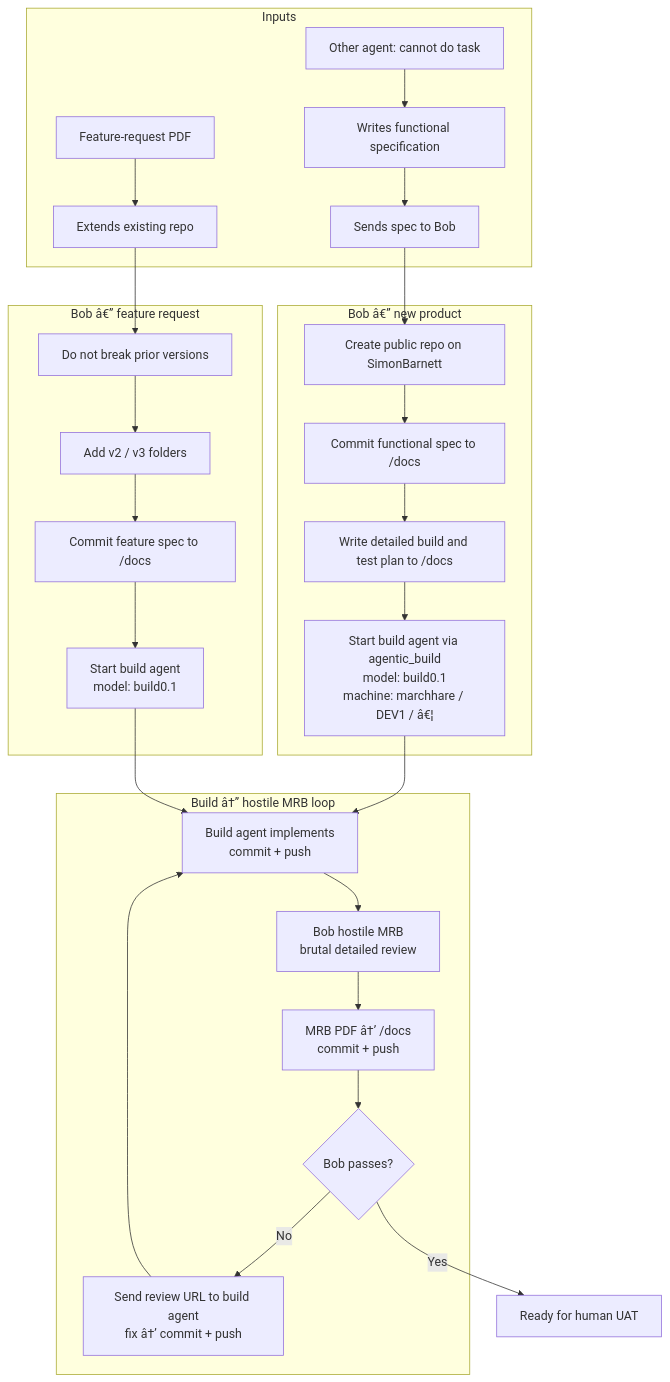
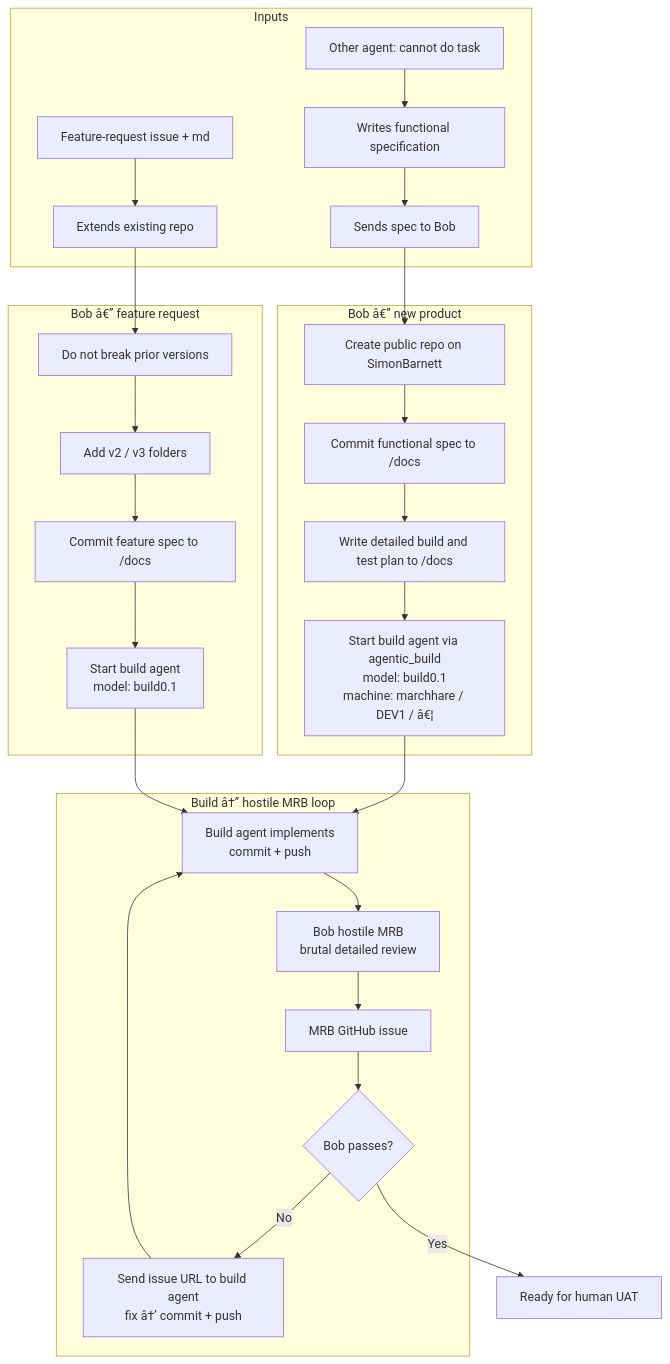
The diagram in README.md (SimonBarnett/agentic_build), drawn with Mermaid before and after one commit. The commit also changed other lines of this file and 7 other files, not shown here.

First line of the commit message:
mrb: GitHub issue is the review; stop generating PDFs

````diff
--- a/README.md
+++ b/README.md
@@ -48,44 +47,44 @@
 ```mermaid
 flowchart TB
   subgraph IN["Inputs"]
     A1["Other agent: cannot do task"]
     A2["Writes functional specification"]
     A3["Sends spec to Bob"]
-    F1["Feature-request PDF"]
+    F1["Feature-request issue + md"]
     F2["Extends existing repo"]
   end
 
   A1 --> A2 --> A3
   F1 --> F2
 
   subgraph BOB_NEW["Bob â€” new product"]
     B1["Create public repo on SimonBarnett"]
     B2["Commit functional spec to /docs"]
     B3["Write detailed build and test plan to /docs"]
     B4["Start build agent via agentic_build\nmodel: build0.1\nmachine: marchhare / DEV1 / â€¦"]
   end
 
   subgraph BOB_FEAT["Bob â€” feature request"]
     C1["Do not break prior versions"]
     C2["Add v2 / v3 folders"]
     C3["Commit feature spec to /docs"]
     C4["Start build agent\nmodel: build0.1"]
   end
 
   A3 --> B1 --> B2 --> B3 --> B4
   F2 --> C1 --> C2 --> C3 --> C4
 
   subgraph LOOP["Build â†” hostile MRB loop"]
     D1["Build agent implements\ncommit + push"]
     D2["Bob hostile MRB\nbrutal detailed review"]
-    D3["MRB PDF â†’ /docs\ncommit + push"]
+    D3["MRB GitHub issue"]
     D4{"Bob passes?"}
-    D5["Send review URL to build agent\nfix â†’ commit + push"]
+    D5["Send issue URL to build agent\nfix â†’ commit + push"]
   end
 
   B4 --> D1
   C4 --> D1
   D1 --> D2 --> D3 --> D4
   D4 -->|No| D5 --> D1
   D4 -->|Yes| UAT["Ready for human UAT"]
 ```
````
